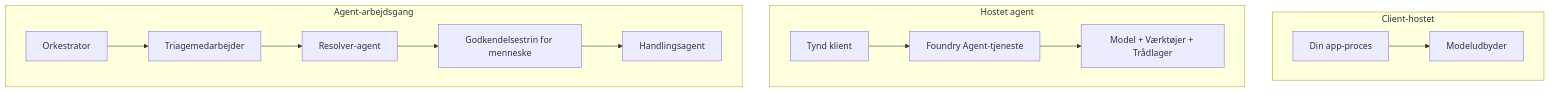
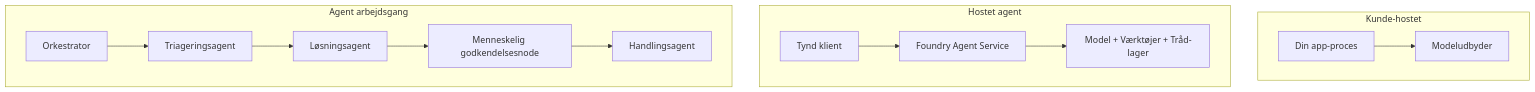
The first of 4 diagrams in translations/da/16-deploying-scalable-agents/README.md (microsoft/ai-agents-for-beginners), drawn with Mermaid before and after one commit. The commit also changed other lines of this file and 47 other files, not shown here.

````diff
--- a/translations/da/16-deploying-scalable-agents/README.md
+++ b/translations/da/16-deploying-scalable-agents/README.md
@@ -87,16 +87,16 @@
 ```mermaid
 flowchart TB
-    subgraph P1[Client-hostet]
+    subgraph P1[Kunde-hostet]
         A1[Din app-proces] --> M1[Modeludbyder]
     end
     subgraph P2[Hostet agent]
-        A2[Tynd klient] --> F2[Foundry Agent-tjeneste]
-        F2 --> M2[Model + Værktøjer + Trådlager]
+        A2[Tynd klient] --> F2[Foundry Agent Service]
+        F2 --> M2[Model + Værktøjer + Tråd-lager]
     end
-    subgraph P3[Agent-arbejdsgang]
-        A3[Orkestrator] --> S1[Triagemedarbejder]
-        S1 --> S2[Resolver-agent]
-        S2 --> H[Godkendelsestrin for menneske]
+    subgraph P3[Agent arbejdsgang]
+        A3[Orkestrator] --> S1[Triageringsagent]
+        S1 --> S2[Løsningsagent]
+        S2 --> H[Menneskelig godkendelsesnode]
         H --> S3[Handlingsagent]
     end
 ```
````
